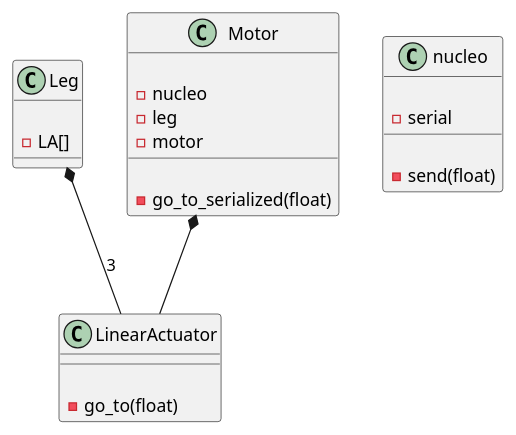
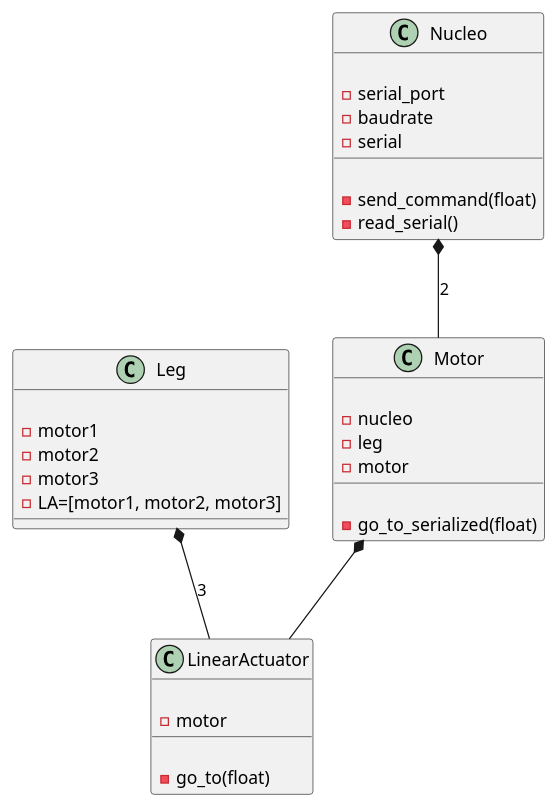
Before and after one commit to Eirlab/megabot-controller: the diagram in diagramme-classe-megabot-controller.wsd, drawn with PlantUML. The commit also changed 1 other file, not shown here.

Commit message:
Updated Leg class + class diagram

```diff
--- a/diagramme-classe-megabot-controller.wsd
+++ b/diagramme-classe-megabot-controller.wsd
@@ -1,33 +1,41 @@
 @startuml classdiag
 
 class Leg {
     {field}
-    -LA[]
+    -motor1
+    -motor2
+    -motor3
+    -LA=[motor1, motor2, motor3]
 }
 
-class nucleo {
+class Nucleo {
     {field}
+    -serial_port
+    -baudrate
     -serial
     {method}
-    -send(float)
+    -send_command(float)
+    -read_serial()
 }
 
 class LinearActuator {
     {method}
     -go_to(float)
     {field}
+    -motor
 }
 
 class Motor {
     {field}
     -nucleo
     -leg
     -motor
     {method}
     -go_to_serialized(float)
 }
 
+Nucleo *-- Motor: 2
 Leg *-- LinearActuator: 3
 Motor *-- LinearActuator 
 
 @enduml
```
